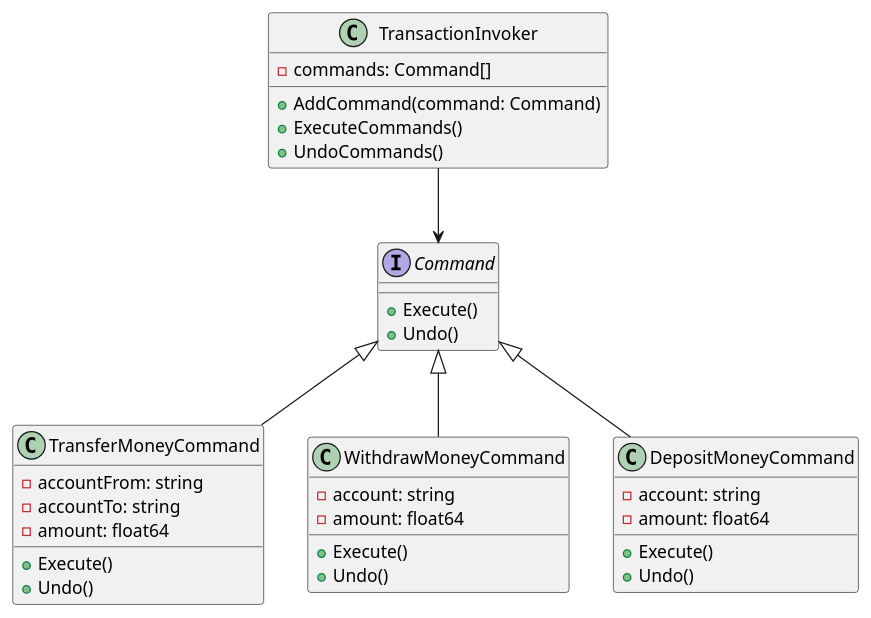
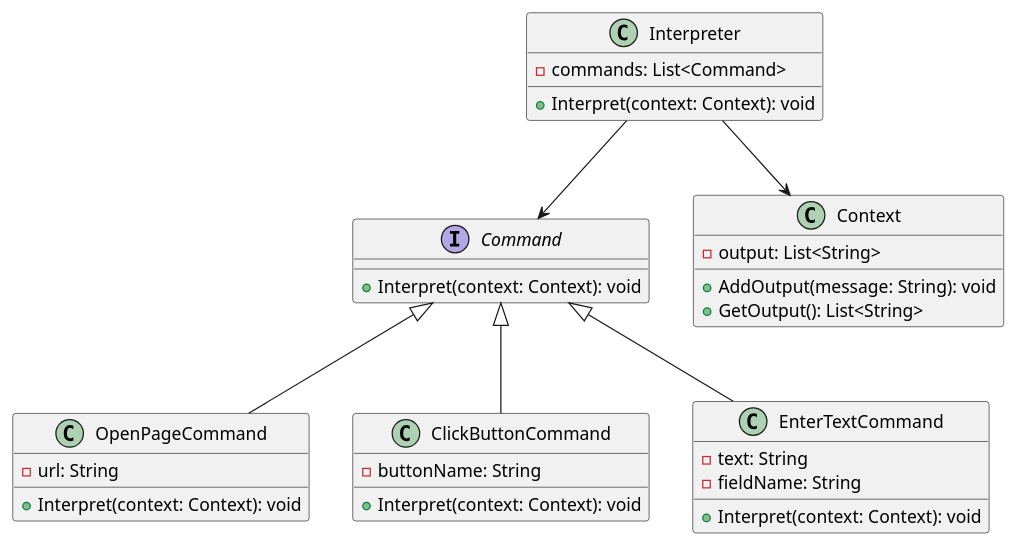
The diagram in klassifikaciya-patternov/povedencheskie-patterny-behavioral-patterns/interpretator-interpreter/primery/interpretaciya-polzovatelskikh-scenariev-testirovaniya/go.md (andrewovchinnikov/design-patterns), drawn with PlantUML before and after one commit. The commit also changed other lines of this file and 5 other files, not shown here.

````diff
--- a/klassifikaciya-patternov/povedencheskie-patterny-behavioral-patterns/interpretator-interpreter/primery/interpretaciya-polzovatelskikh-scenariev-testirovaniya/go.md
+++ b/klassifikaciya-patternov/povedencheskie-patterny-behavioral-patterns/interpretator-interpreter/primery/interpretaciya-polzovatelskikh-scenariev-testirovaniya/go.md
@@ -136,44 +142,43 @@
 ```plantuml
 @startuml
 
 interface Command {
-    +Execute()
-    +Undo()
+    +Interpret(context: Context): void
 }
 
-class TransferMoneyCommand {
-    -accountFrom: string
-    -accountTo: string
-    -amount: float64
-    +Execute()
-    +Undo()
+class Context {
+    -output: List<String>
+    +AddOutput(message: String): void
+    +GetOutput(): List<String>
 }
 
-class WithdrawMoneyCommand {
-    -account: string
-    -amount: float64
-    +Execute()
-    +Undo()
+class OpenPageCommand {
+    -url: String
+    +Interpret(context: Context): void
 }
 
-class DepositMoneyCommand {
-    -account: string
-    -amount: float64
-    +Execute()
-    +Undo()
+class ClickButtonCommand {
+    -buttonName: String
+    +Interpret(context: Context): void
 }
 
-class TransactionInvoker {
-    -commands: Command[]
-    +AddCommand(command: Command)
-    +ExecuteCommands()
-    +UndoCommands()
+class EnterTextCommand {
+    -text: String
+    -fieldName: String
+    +Interpret(context: Context): void
 }
 
-Command <|-- TransferMoneyCommand
-Command <|-- WithdrawMoneyCommand
-Command <|-- DepositMoneyCommand
-TransactionInvoker --> Command
+class Interpreter {
+    -commands: List<Command>
+    +Interpret(context: Context): void
+}
+
+Command <|-- OpenPageCommand
+Command <|-- ClickButtonCommand
+Command <|-- EnterTextCommand
+
+Interpreter --> Command
+Interpreter --> Context
 
 @enduml
 ```
````
